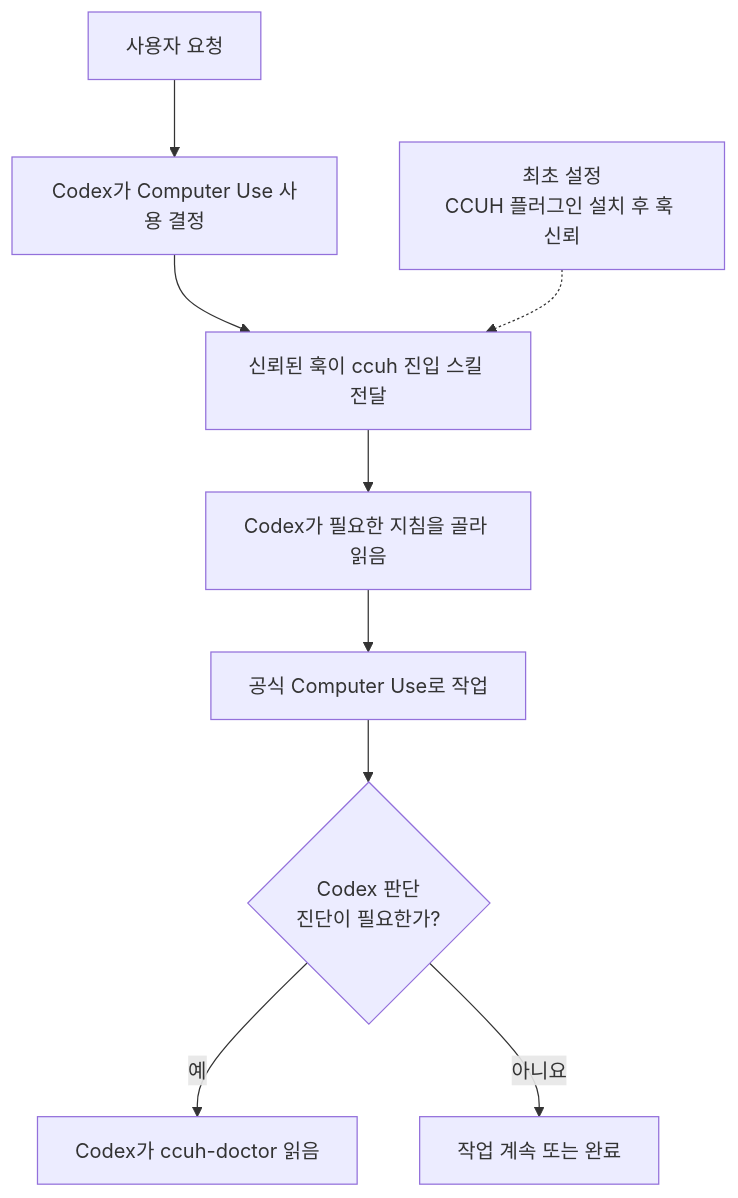
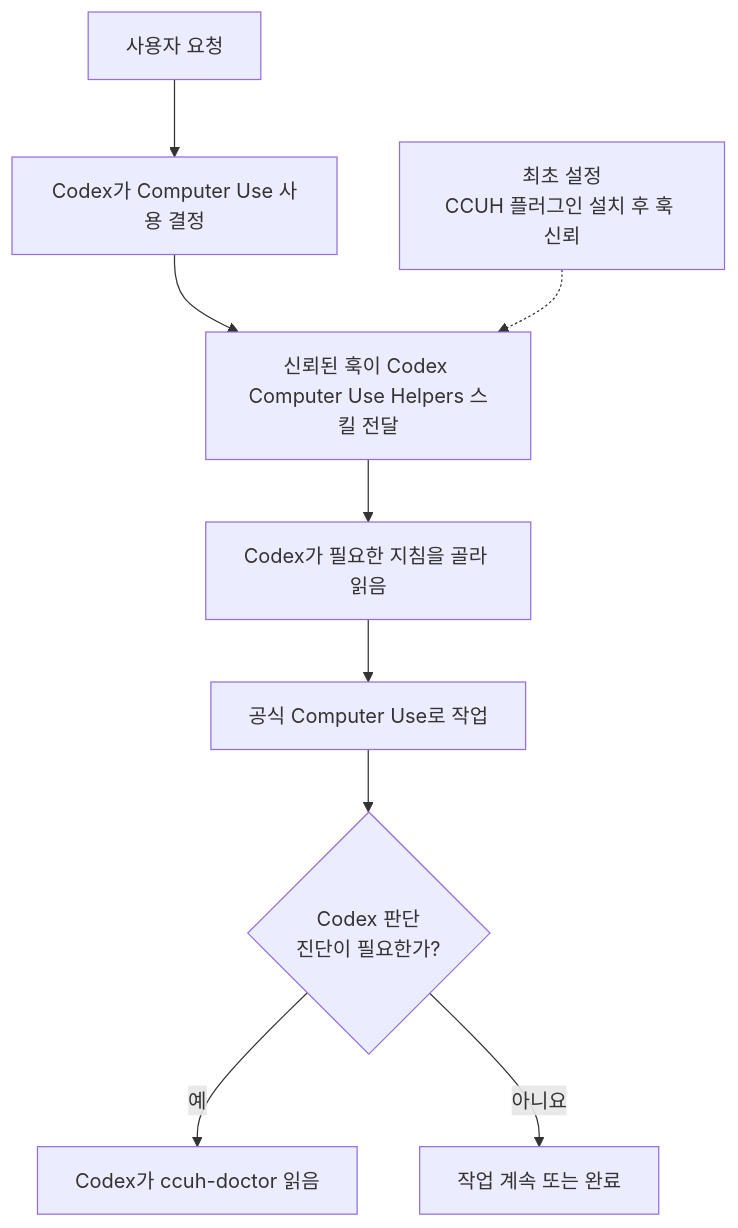
Before and after one commit to Package-KR/CCUH: the diagram in README.ko.md, drawn with Mermaid. The commit also changed other lines of this file and 9 other files, not shown here.

First line of the commit message:
fix!: 진입 스킬 이름을 Codex Computer Use Helpers로 변경

````diff
--- a/README.ko.md
+++ b/README.ko.md
@@ -87,11 +87,11 @@
 ```mermaid
 flowchart TD
   U["사용자 요청"] --> C["Codex가 Computer Use 사용 결정"]
-  C --> H["신뢰된 훅이 ccuh 진입 스킬 전달"]
+  C --> H["신뢰된 훅이 Codex Computer Use Helpers 스킬 전달"]
   P["최초 설정<br/>CCUH 플러그인 설치 후 훅 신뢰"] -.-> H
   H --> S["Codex가 필요한 지침을 골라 읽음"]
   S --> B["공식 Computer Use로 작업"]
   B --> R{"Codex 판단<br/>진단이 필요한가?"}
   R -->|"예"| D["Codex가 ccuh-doctor 읽음"]
   R -->|"아니요"| F["작업 계속 또는 완료"]
 ```
````
